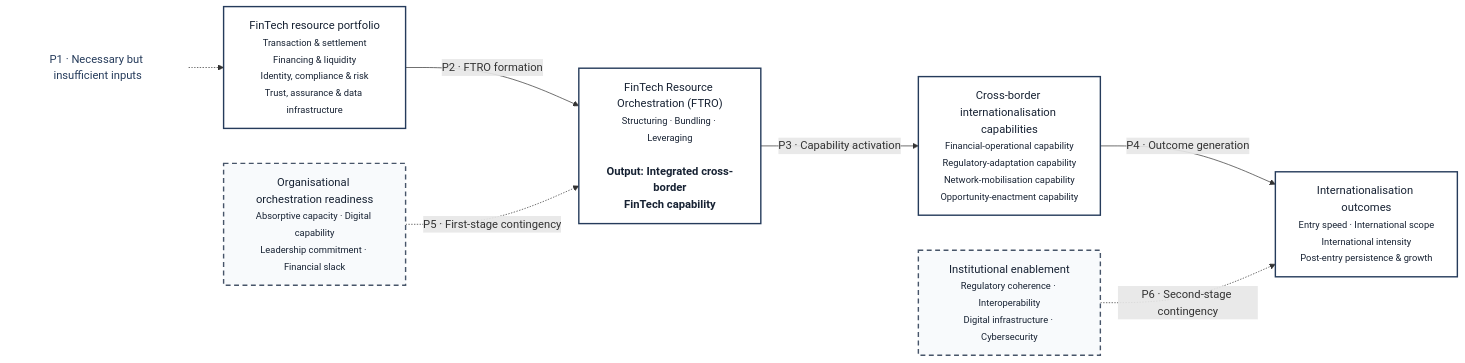
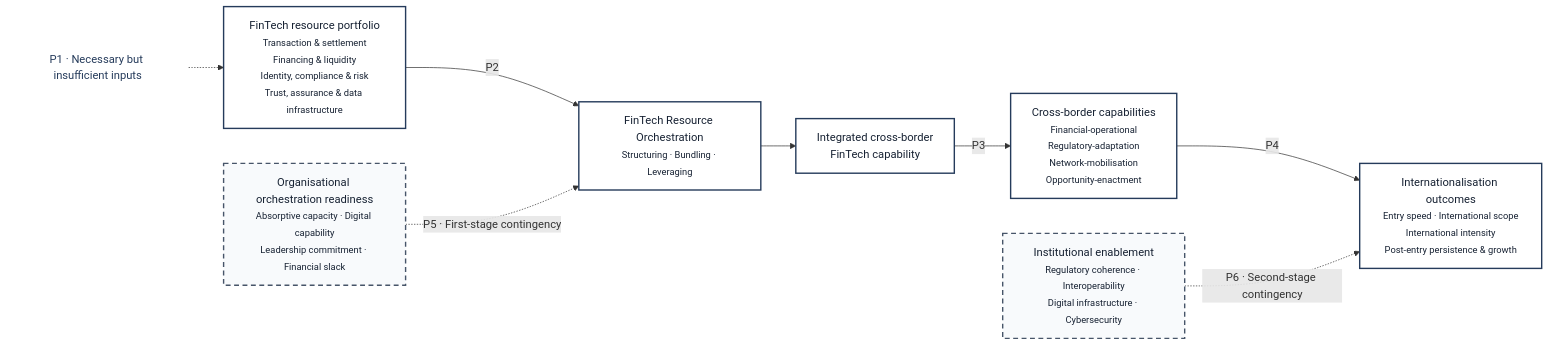
Before and after one commit to lgfutwa/Test: the diagram in research/mphil-ib-proposal/figures/foi-framework.mmd, drawn with Mermaid. The commit also changed 4 other files, not shown here.

```diff
--- a/research/mphil-ib-proposal/figures/foi-framework.mmd
+++ b/research/mphil-ib-proposal/figures/foi-framework.mmd
@@ -1,22 +1,24 @@
 flowchart LR
     OR["Organisational orchestration readiness<br/><small>Absorptive capacity · Digital capability<br/>Leadership commitment · Financial slack</small>"]
     FR["FinTech resource portfolio<br/><small>Transaction & settlement<br/>Financing & liquidity<br/>Identity, compliance & risk<br/>Trust, assurance & data infrastructure</small>"]
-    FTRO["FinTech Resource Orchestration (FTRO)<br/><small>Structuring · Bundling · Leveraging</small><br/><br/><b>Output: Integrated cross-border<br/>FinTech capability</b>"]
-    IC["Cross-border internationalisation capabilities<br/><small>Financial-operational capability<br/>Regulatory-adaptation capability<br/>Network-mobilisation capability<br/>Opportunity-enactment capability</small>"]
+    FTRO["FinTech Resource Orchestration<br/><small>Structuring · Bundling · Leveraging</small>"]
+    ICFC["Integrated cross-border<br/>FinTech capability"]
+    IC["Cross-border capabilities<br/><small>Financial-operational<br/>Regulatory-adaptation<br/>Network-mobilisation<br/>Opportunity-enactment</small>"]
     IO["Internationalisation outcomes<br/><small>Entry speed · International scope<br/>International intensity<br/>Post-entry persistence & growth</small>"]
     IE["Institutional enablement<br/><small>Regulatory coherence · Interoperability<br/>Digital infrastructure · Cybersecurity</small>"]
 
-    FR -->|"P2 · FTRO formation"| FTRO
-    FTRO -->|"P3 · Capability activation"| IC
-    IC -->|"P4 · Outcome generation"| IO
+    FR -->|"P2"| FTRO
+    FTRO --> ICFC
+    ICFC -->|"P3"| IC
+    IC -->|"P4"| IO
     OR -.->|"P5 · First-stage contingency"| FTRO
     IE -.->|"P6 · Second-stage contingency"| IO
 
     P1["P1 · Necessary but insufficient inputs"] -.-> FR
 
     classDef primary fill:#ffffff,stroke:#253b5b,stroke-width:2px,color:#172233;
     classDef moderator fill:#f8fafc,stroke:#475569,stroke-width:2px,stroke-dasharray:7 5,color:#172233;
     classDef proposition fill:transparent,stroke:transparent,color:#253b5b;
-    class FR,FTRO,IC,IO primary;
+    class FR,FTRO,ICFC,IC,IO primary;
     class OR,IE moderator;
     class P1 proposition;
```
